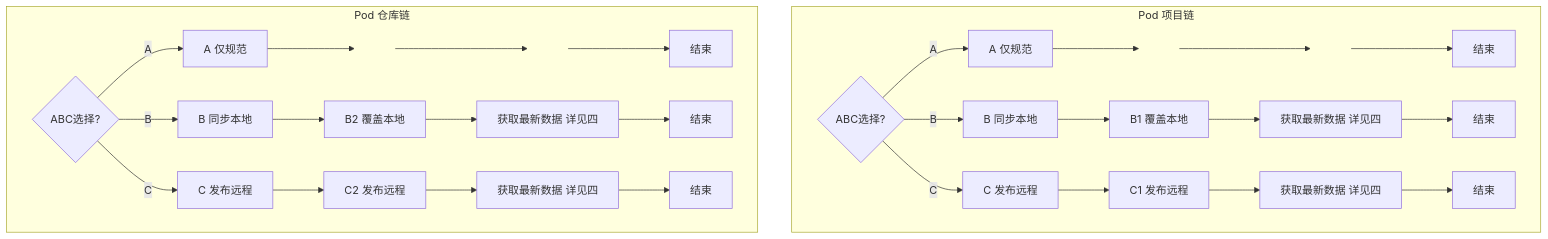
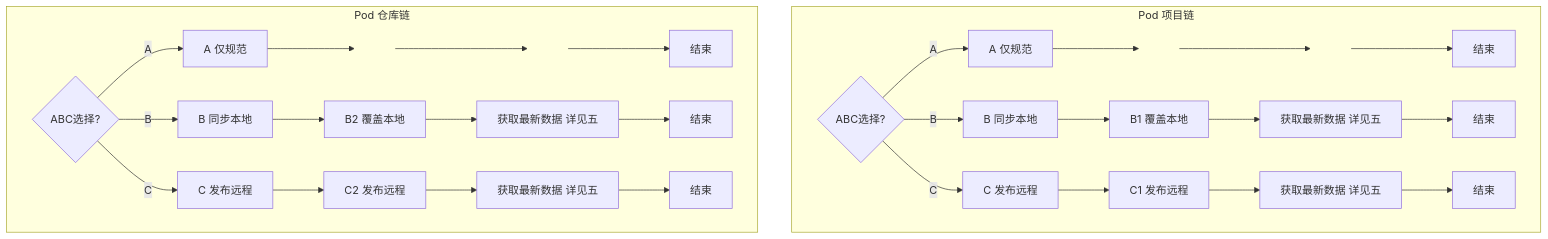
One commit to dvlproad/AI-qskills changed the diagram in organize-pod-to-md/SKILL新.md. Above: the diagram before and after it, drawn with Mermaid. The commit also changed other lines of this file, not shown here.

````diff
--- a/organize-pod-to-md/SKILL新.md
+++ b/organize-pod-to-md/SKILL新.md
@@ -49,43 +49,43 @@
 ```mermaid
 flowchart TD
     subgraph 项目链 [Pod 项目链]
         SP{ABC选择?}
 
         SP -->|A| PA[A 仅规范]
         PA --> a1[ ]
         a1 --> a2[ ]
         a2 --> PA_END[结束]
 
         SP -->|B| PB[B 同步本地]
         PB --> PB1[B1 覆盖本地]
-        PB1 --> PB_Fetch[获取最新数据 详见四]
+        PB1 --> PB_Fetch[获取最新数据 详见五]
         PB_Fetch --> PB_END[结束]
 
         SP -->|C| PC[C 发布远程]
         PC --> PC1[C1 发布远程]
-        PC1 --> PC_Fetch[获取最新数据 详见四]
+        PC1 --> PC_Fetch[获取最新数据 详见五]
         PC_Fetch --> PC_END[结束]
     end
 
     subgraph 仓库链 [Pod 仓库链]
         SR{ABC选择?}
 
         SR -->|A| RA[A 仅规范]
         RA --> b1[ ]
         b1 --> b2[ ]
         b2 --> RA_END[结束]
 
         SR -->|B| RB[B 同步本地]
         RB --> RB1[B2 覆盖本地]
-        RB1 --> RB_Fetch[获取最新数据 详见四]
+        RB1 --> RB_Fetch[获取最新数据 详见五]
         RB_Fetch --> RB_END[结束]
 
         SR -->|C| RC[C 发布远程]
         RC --> RC1[C2 发布远程]
-        RC1 --> RC_Fetch[获取最新数据 详见四]
+        RC1 --> RC_Fetch[获取最新数据 详见五]
         RC_Fetch --> RC_END[结束]
     end
 
     class a1,a2,b1,b2 hide
     classDef hide fill:none,stroke:none,opacity:0
 ```
````
